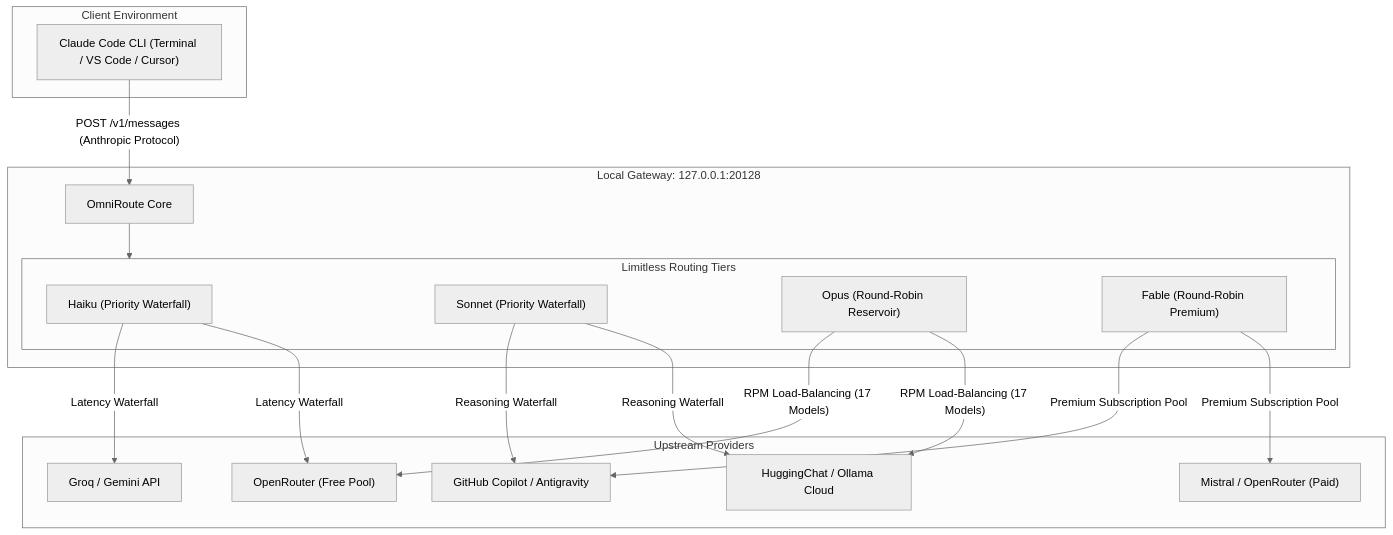
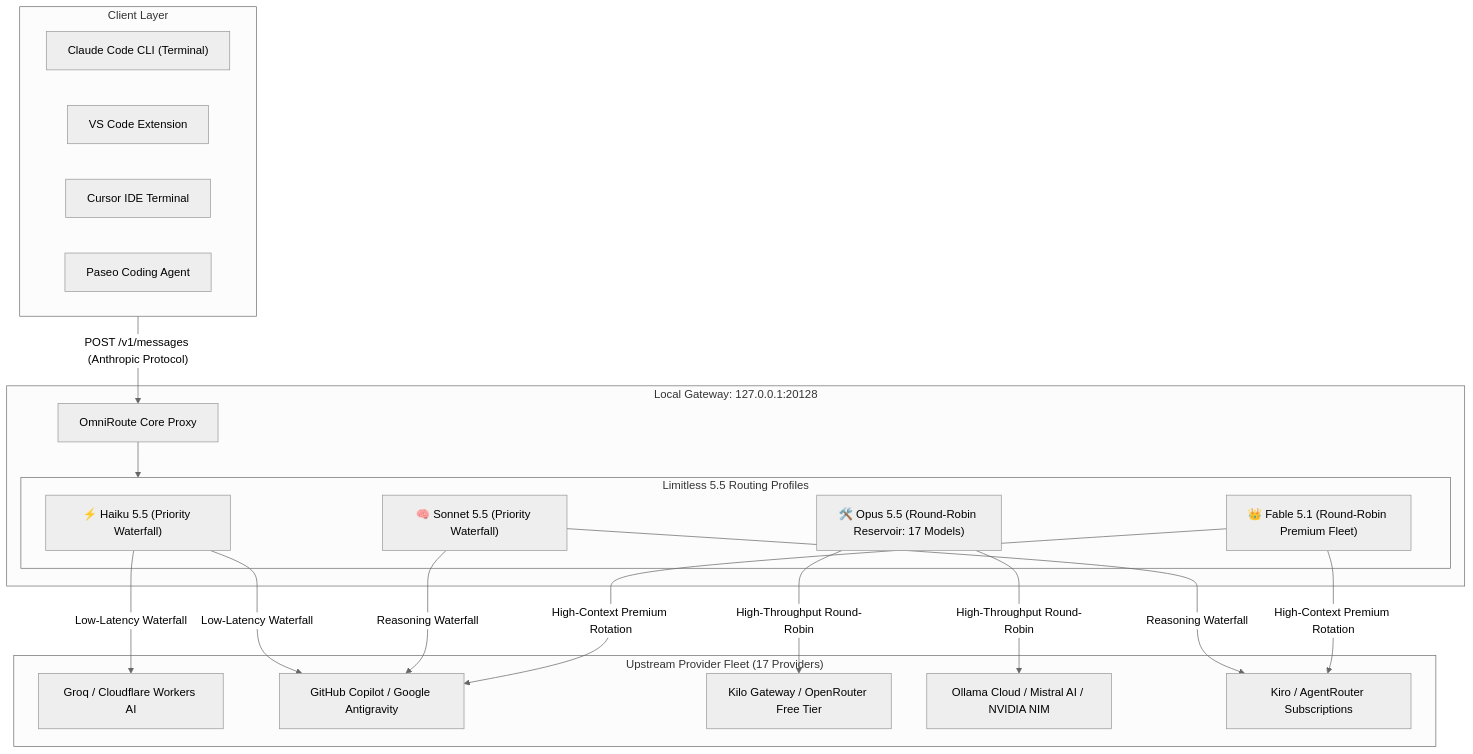
The first of 2 diagrams in README.md (mahik504/limitless-claude), drawn with Mermaid (neutral theme) before and after one commit. The commit also changed other lines of this file and 6 other files, not shown here.

Commit message:
feat: release v5.5.0 - updated 4-tier model combos, Haiku/Sonnet/Opus 5.5 & Fable 5.1 personas, universal installer, and self-healing agent prompt

````diff
--- a/README.md
+++ b/README.md
@@ -54,31 +31,34 @@
 ```mermaid
 flowchart TD
-    subgraph Client ["Client Environment"]
-        CC["Claude Code CLI (Terminal / VS Code / Cursor)"]
+    subgraph Clients ["Client Layer"]
+        CC["Claude Code CLI (Terminal)"]
+        VS["VS Code Extension"]
+        CR["Cursor IDE Terminal"]
+        PS["Paseo Coding Agent"]
     end
 
     subgraph Gateway ["Local Gateway: 127.0.0.1:20128"]
-        OR["OmniRoute Core"]
-        subgraph Tiers ["Limitless Routing Tiers"]
-            H["Haiku (Priority Waterfall)"]
-            S["Sonnet (Priority Waterfall)"]
-            O["Opus (Round-Robin Reservoir)"]
-            F["Fable (Round-Robin Premium)"]
+        OR["OmniRoute Core Proxy"]
+        subgraph Tiers ["Limitless 5.5 Routing Profiles"]
+            H["⚡ Haiku 5.5 (Priority Waterfall)"]
+            S["🧠 Sonnet 5.5 (Priority Waterfall)"]
+            O["🛠️ Opus 5.5 (Round-Robin Reservoir: 17 Models)"]
+            F["👑 Fable 5.1 (Round-Robin Premium Fleet)"]
         end
     end
 
-    subgraph Providers ["Upstream Providers"]
-        P1["Groq / Gemini API"]
-        P2["GitHub Copilot / Antigravity"]
-        P3["OpenRouter (Free Pool)"]
-        P4["HuggingChat / Ollama Cloud"]
-        P5["Mistral / OpenRouter (Paid)"]
+    subgraph Providers ["Upstream Provider Fleet (17 Providers)"]
+        P1["Groq / Cloudflare Workers AI"]
+        P2["GitHub Copilot / Google Antigravity"]
+        P3["Kilo Gateway / OpenRouter Free Tier"]
+        P4["Ollama Cloud / Mistral AI / NVIDIA NIM"]
+        P5["Kiro / AgentRouter Subscriptions"]
     end
 
-    CC -->|"POST /v1/messages (Anthropic Protocol)"| OR
+    Clients -->|"POST /v1/messages (Anthropic Protocol)"| OR
     OR --> Tiers
-    H -->|"Latency Waterfall"| P1 & P3
-    S -->|"Reasoning Waterfall"| P2 & P4
-    O -->|"RPM Load-Balancing (17 Models)"| P3 & P4
-    F -->|"Premium Subscription Pool"| P2 & P5
+    H -->|"Low-Latency Waterfall"| P1 & P2
+    S -->|"Reasoning Waterfall"| P2 & P5
+    O -->|"High-Throughput Round-Robin"| P3 & P4
+    F -->|"High-Context Premium Rotation"| P2 & P5
 ```
````
